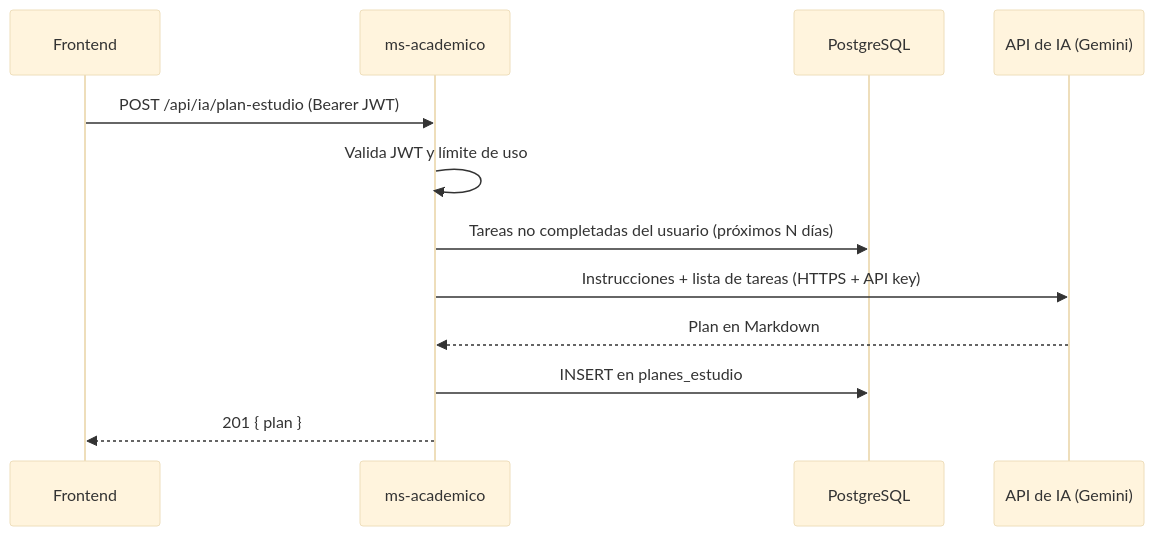
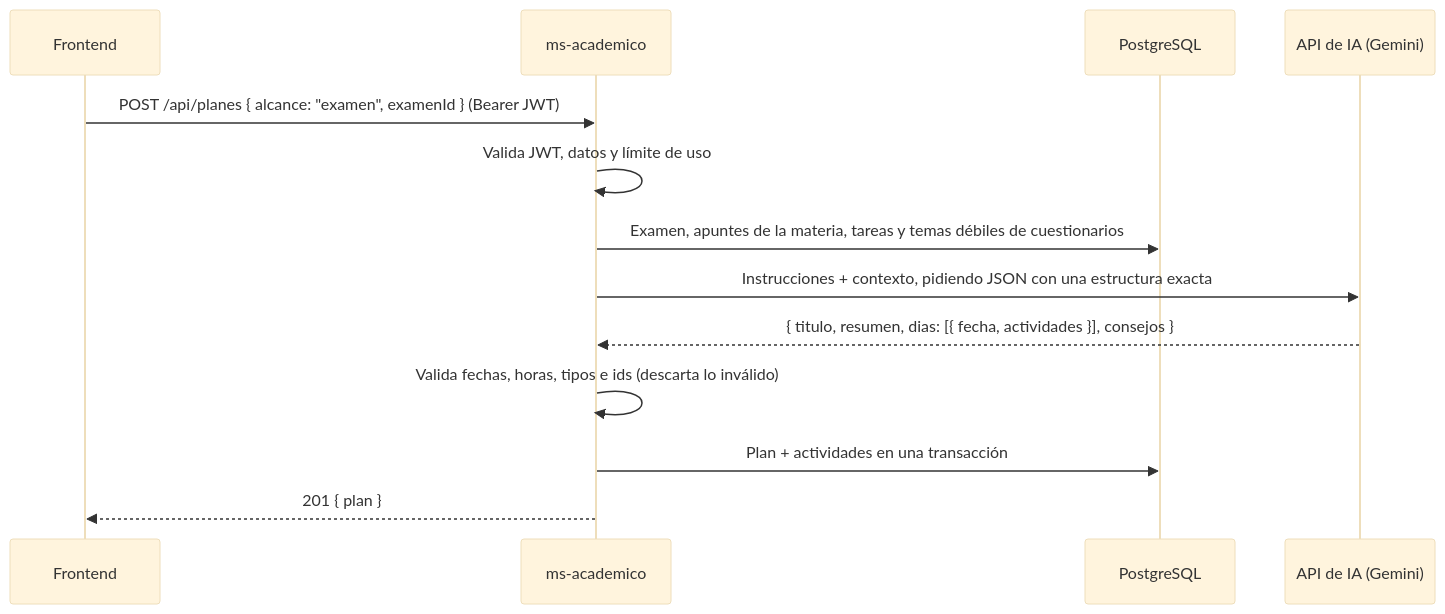
Before and after one commit to jaquelinerodas/EduPlan: the diagram in ms-academico/README.md, drawn with Mermaid (base theme). The commit also changed other lines of this file and 3 other files, not shown here.

````diff
--- a/ms-academico/README.md
+++ b/ms-academico/README.md
@@ -59,14 +80,15 @@
 ```mermaid
 sequenceDiagram
     participant F as Frontend
     participant A as ms-academico
     participant DB as PostgreSQL
     participant IA as API de IA (Gemini)
-    F->>A: POST /api/ia/plan-estudio (Bearer JWT)
-    A->>A: Valida JWT y límite de uso
-    A->>DB: Tareas no completadas del usuario (próximos N días)
-    A->>IA: Instrucciones + lista de tareas (HTTPS + API key)
-    IA-->>A: Plan en Markdown
-    A->>DB: INSERT en planes_estudio
+    F->>A: POST /api/planes { alcance: "examen", examenId } (Bearer JWT)
+    A->>A: Valida JWT, datos y límite de uso
+    A->>DB: Examen, apuntes de la materia, tareas y temas débiles de cuestionarios
+    A->>IA: Instrucciones + contexto, pidiendo JSON con una estructura exacta
+    IA-->>A: { titulo, resumen, dias: [{ fecha, actividades }], consejos }
+    A->>A: Valida fechas, horas, tipos e ids (descarta lo inválido)
+    A->>DB: Plan + actividades en una transacción
     A-->>F: 201 { plan }
 ```
````
